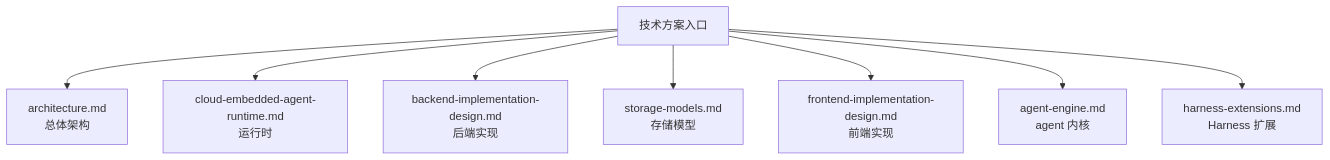
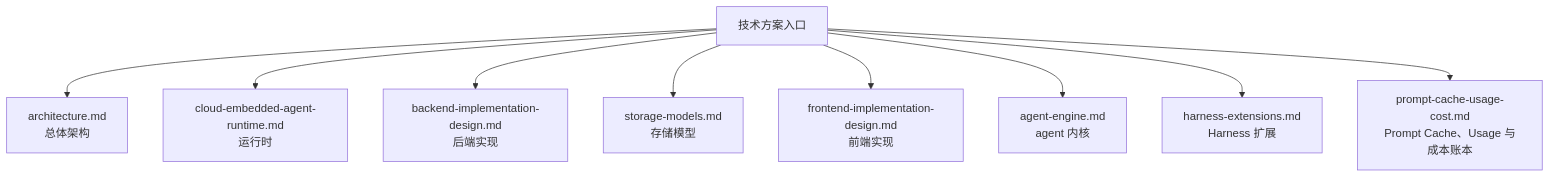
One commit to fengwk/kk-studio changed the diagram in docs/technical-solution/README.md. Above: the diagram before and after it, drawn with Mermaid. The commit also changed other lines of this file and 1 other file, not shown here.

Commit message:
docs: document prompt cache usage and cost ledger

````diff
--- a/docs/technical-solution/README.md
+++ b/docs/technical-solution/README.md
@@ -7,11 +7,12 @@
 ```mermaid
 flowchart TD
     A[技术方案入口]
     A --> B[architecture.md<br/>总体架构]
     A --> C[cloud-embedded-agent-runtime.md<br/>运行时]
     A --> D[backend-implementation-design.md<br/>后端实现]
     A --> E[storage-models.md<br/>存储模型]
     A --> F[frontend-implementation-design.md<br/>前端实现]
     A --> G[agent-engine.md<br/>agent 内核]
     A --> H[harness-extensions.md<br/>Harness 扩展]
+    A --> I[prompt-cache-usage-cost.md<br/>Prompt Cache、Usage 与成本账本]
 ```
````
